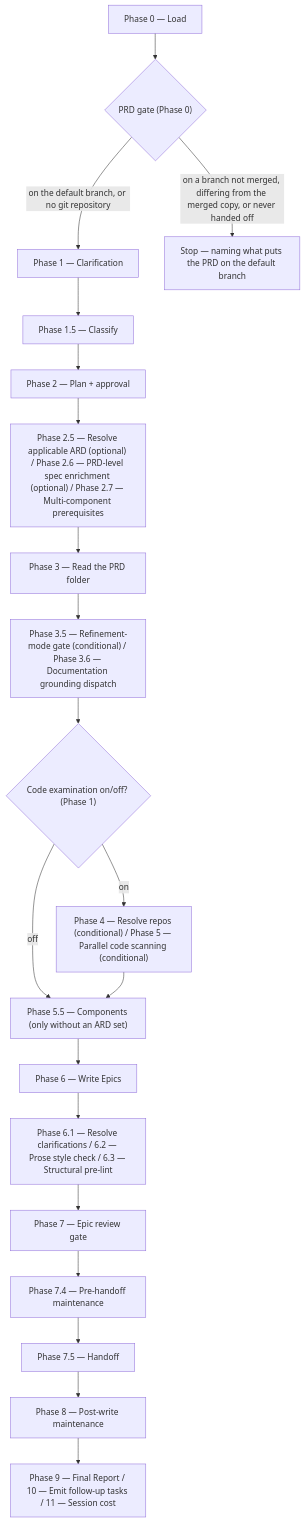
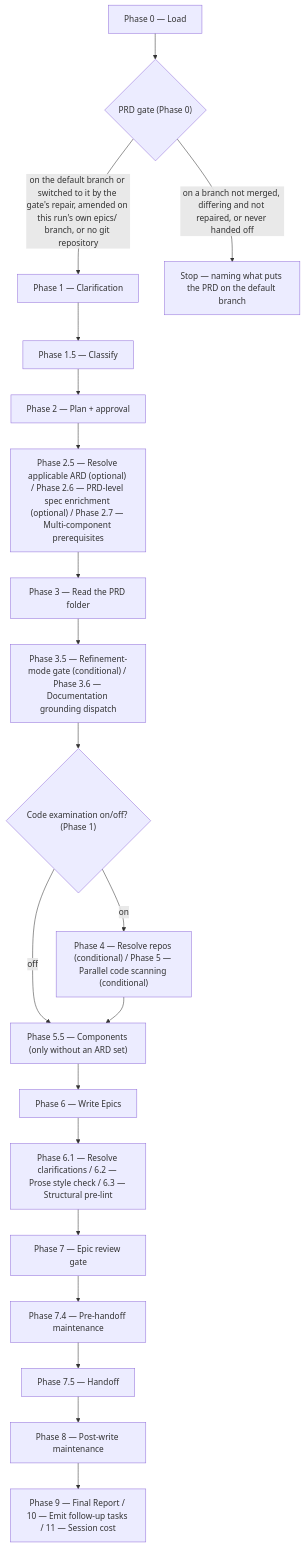
Before and after one commit to ihudak/ai-workflows: the diagram in plugins/product-workflows/docs/commands/epics.md, drawn with Mermaid. The commit also changed other lines of this file and 4 other files, not shown here.

First line of the commit message:
fix: LADDER-ORDER batch 1b — /epics' amending sentence says what the two commands do, and six wordings, from Task 3's review

````diff
--- a/plugins/product-workflows/docs/commands/epics.md
+++ b/plugins/product-workflows/docs/commands/epics.md
@@ -29,22 +29,22 @@
 ```mermaid
 flowchart TD
     p0["Phase 0 — Load"] --> g0{"PRD gate (Phase 0)"}
-    g0 -- "on the default branch, or no git repository" --> p1["Phase 1 — Clarification"]
-    g0 -- "on a branch not merged, differing from the merged copy, or never handed off" --> s0["Stop — naming what puts the PRD on the default branch"]
+    g0 -- "on the default branch or switched to it by the gate's repair, amended on this run's own epics/ branch, or no git repository" --> p1["Phase 1 — Clarification"]
+    g0 -- "on a branch not merged, differing and not repaired, or never handed off" --> s0["Stop — naming what puts the PRD on the default branch"]
     p1 --> p15["Phase 1.5 — Classify"]
     p15 --> p2["Phase 2 — Plan + approval"]
     p2 --> p2526["Phase 2.5 — Resolve applicable ARD (optional) / Phase 2.6 — PRD-level spec enrichment (optional) / Phase 2.7 — Multi-component prerequisites"]
     p2526 --> p3["Phase 3 — Read the PRD folder"]
     p3 --> p3536["Phase 3.5 — Refinement-mode gate (conditional) / Phase 3.6 — Documentation grounding dispatch"]
     p3536 --> d1{"Code examination on/off? (Phase 1)"}
     d1 -- "on" --> p45["Phase 4 — Resolve repos (conditional) / Phase 5 — Parallel code scanning (conditional)"]
     d1 -- "off" --> p55
     p45 --> p55["Phase 5.5 — Components (only without an ARD set)"]
     p55 --> p6["Phase 6 — Write Epics"]
     p6 --> p616263["Phase 6.1 — Resolve clarifications / 6.2 — Prose style check / 6.3 — Structural pre-lint"]
     p616263 --> p7["Phase 7 — Epic review gate"]
     p7 --> p74["Phase 7.4 — Pre-handoff maintenance"]
     p74 --> p75["Phase 7.5 — Handoff"]
     p75 --> p8["Phase 8 — Post-write maintenance"]
     p8 --> p91011["Phase 9 — Final Report / 10 — Emit follow-up tasks / 11 — Session cost"]
 ```
````
